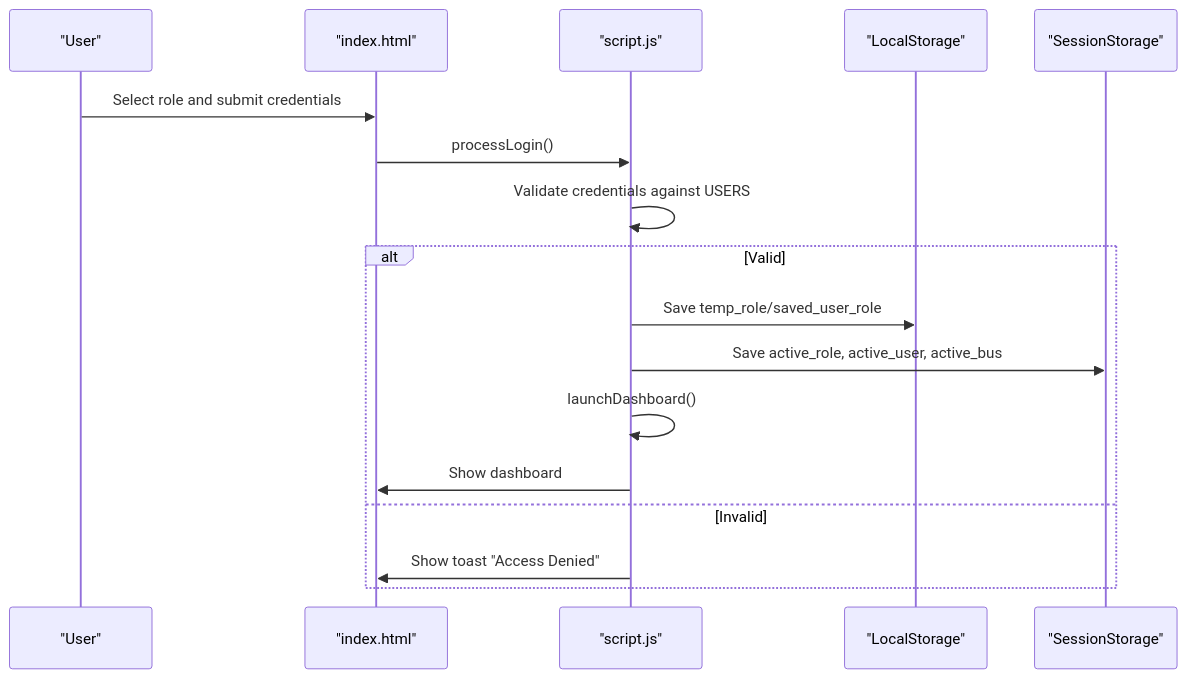
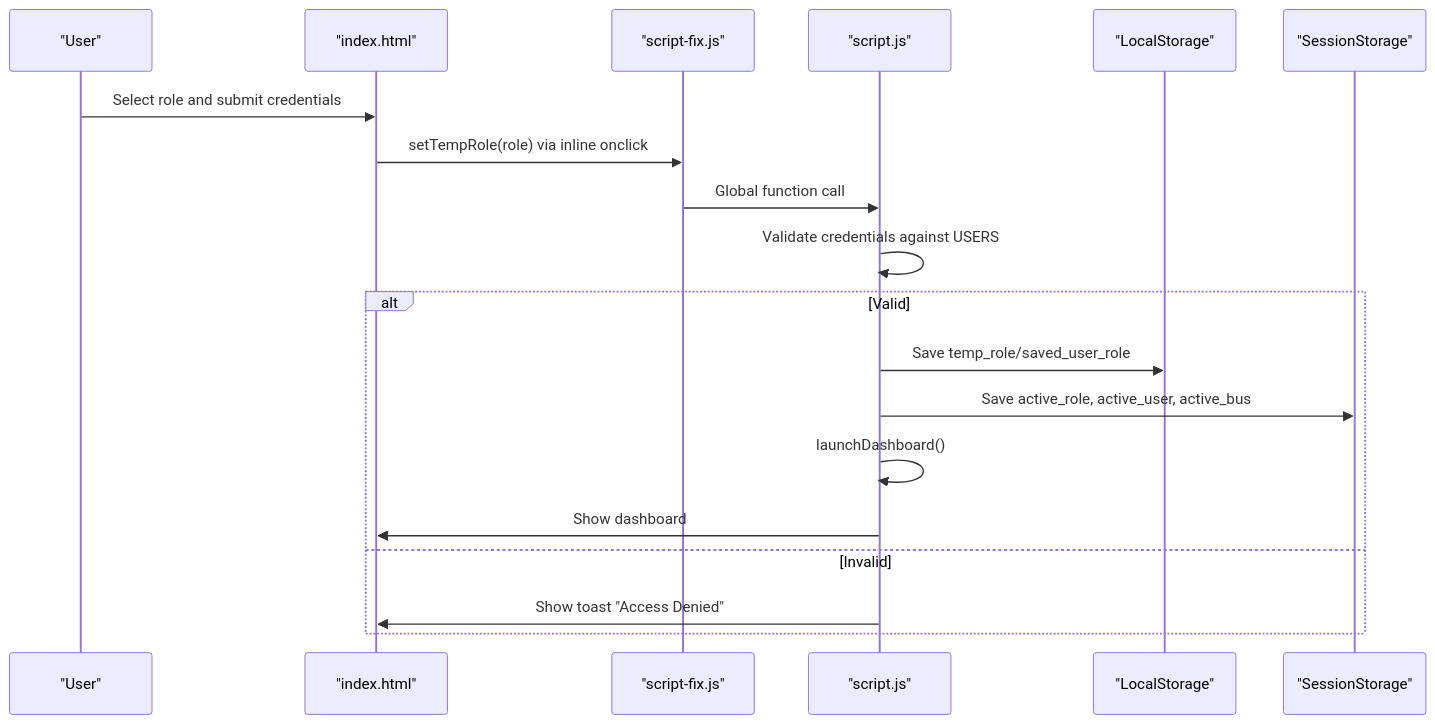
The third of 10 diagrams in .qoder/repowiki/en/content/Development and Testing.md (Rehanpatel3858/BusTrack-Pro), drawn with Mermaid before and after one commit. The commit also changed other lines of this file and 6 other files, not shown here.

````diff
--- a/.qoder/repowiki/en/content/Development and Testing.md
+++ b/.qoder/repowiki/en/content/Development and Testing.md
@@ -122,19 +156,21 @@
 ```mermaid
 sequenceDiagram
 participant U as "User"
 participant IDX as "index.html"
+participant FIX as "script-fix.js"
 participant SCR as "script.js"
 participant LS as "LocalStorage"
 participant SS as "SessionStorage"
 U->>IDX : Select role and submit credentials
-IDX->>SCR : processLogin()
+IDX->>FIX : setTempRole(role) via inline onclick
+FIX->>SCR : Global function call
 SCR->>SCR : Validate credentials against USERS
 alt Valid
 SCR->>LS : Save temp_role/saved_user_role
 SCR->>SS : Save active_role, active_user, active_bus
 SCR->>SCR : launchDashboard()
 SCR->>IDX : Show dashboard
 else Invalid
 SCR->>IDX : Show toast "Access Denied"
 end
 ```
````
